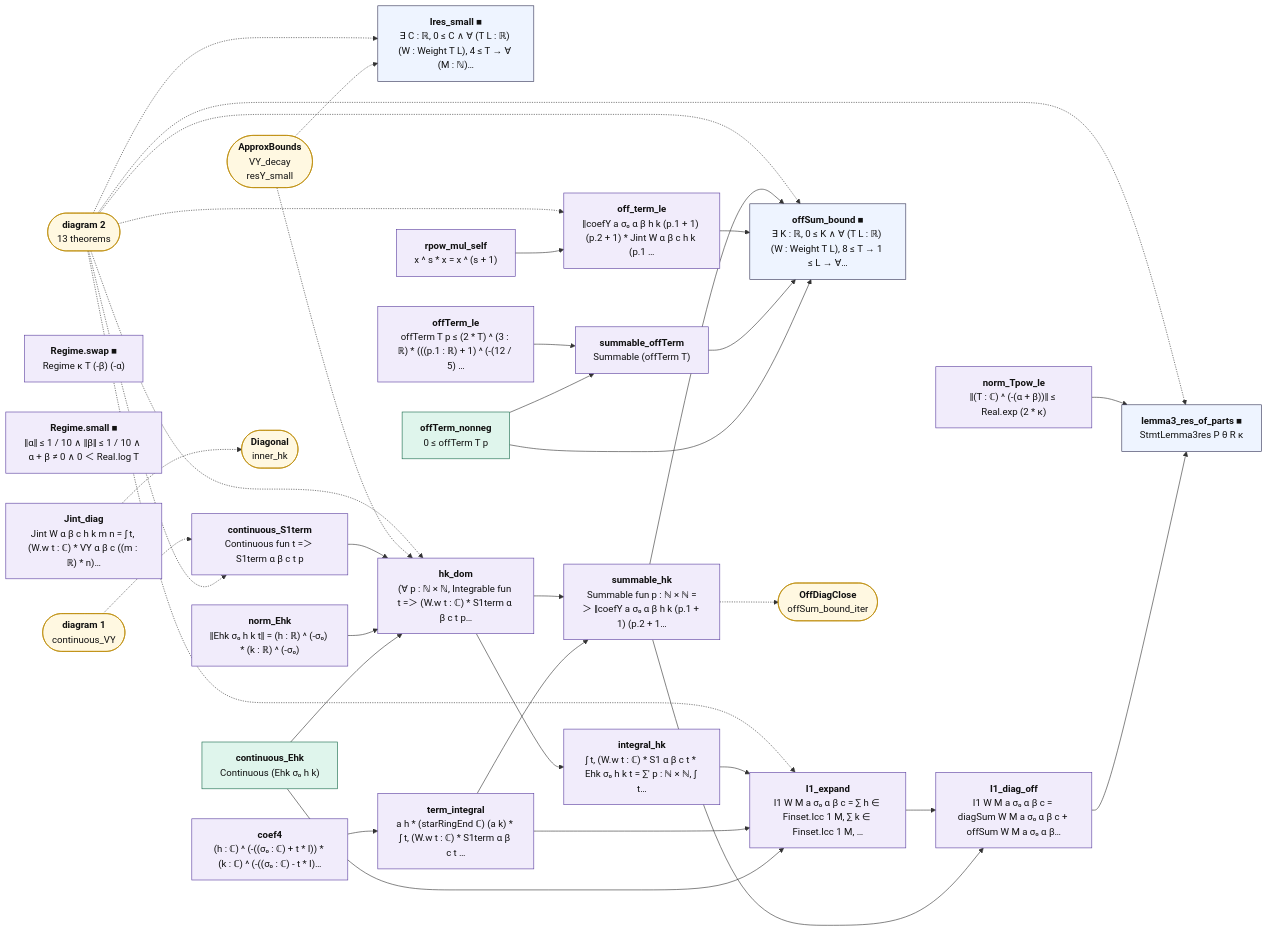
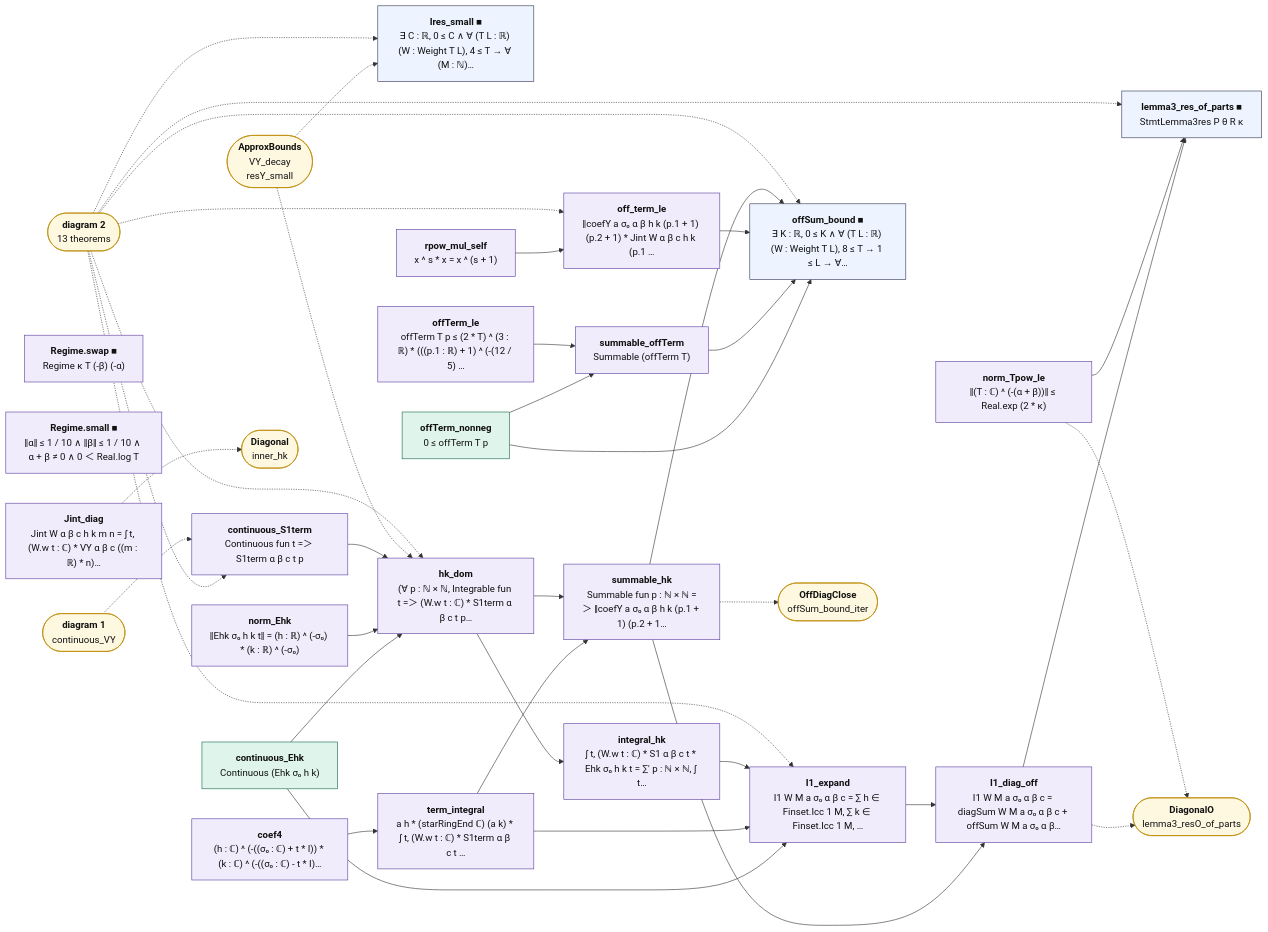
The diagram in map/lean_stage3/TwistedMoment.3.mmd (juliansambranojr/Primebeat_081426), drawn with Mermaid before and after one commit. The commit also changed 21 other files, not shown here.

```diff
--- a/map/lean_stage3/TwistedMoment.3.mmd
+++ b/map/lean_stage3/TwistedMoment.3.mmd
@@ -1,69 +1,72 @@
 flowchart LR
   n0["<b>Ires_small ■</b><br/>∃ C : ℝ, 0 ≤ C ∧ ∀ (T L : ℝ) (W : Weight T L), 4 ≤ T → ∀ (M : ℕ)…"]:::thm
   n1["<b>coef4</b><br/>(h : ℂ) ^ (-((σ₀ : ℂ) + t * I)) * (k : ℂ) ^ (-((σ₀ : ℂ) - t * I)…"]:::shp
   n2["<b>continuous_Ehk</b><br/>Continuous (Ehk σ₀ h k)"]:::cnt
   n3["<b>norm_Ehk</b><br/>‖Ehk σ₀ h k t‖ = (h : ℝ) ^ (-σ₀) * (k : ℝ) ^ (-σ₀)"]:::shp
   n4["<b>term_integral</b><br/>a h * (starRingEnd ℂ) (a k) * ∫ t, (W.w t : ℂ) * S1term α β c t …"]:::shp
   n5["<b>continuous_S1term</b><br/>Continuous fun t =＞ S1term α β c t p"]:::shp
   n6["<b>hk_dom</b><br/>(∀ p : ℕ × ℕ, Integrable fun t =＞ (W.w t : ℂ) * S1term α β c t p…"]:::shp
   n7["<b>integral_hk</b><br/>∫ t, (W.w t : ℂ) * S1 α β c t * Ehk σ₀ h k t = ∑' p : ℕ × ℕ, ∫ t…"]:::shp
   n8["<b>summable_hk</b><br/>Summable fun p : ℕ × ℕ =＞ ‖coefY a σ₀ α β h k (p.1 + 1) (p.2 + 1…"]:::shp
   n9["<b>I1_expand</b><br/>I1 W M a σ₀ α β c = ∑ h ∈ Finset.Icc 1 M, ∑ k ∈ Finset.Icc 1 M, …"]:::shp
   n10["<b>Jint_diag</b><br/>Jint W α β c h k m n = ∫ t, (W.w t : ℂ) * VY α β c ((m : ℝ) * n)…"]:::shp
   n11["<b>I1_diag_off</b><br/>I1 W M a σ₀ α β c = diagSum W M a σ₀ α β c + offSum W M a σ₀ α β…"]:::shp
   n12["<b>offTerm_nonneg</b><br/>0 ≤ offTerm T p"]:::cnt
   n13["<b>offTerm_le</b><br/>offTerm T p ≤ (2 * T) ^ (3 : ℝ) * (((p.1 : ℝ) + 1) ^ (-(12 / 5) …"]:::shp
   n14["<b>summable_offTerm</b><br/>Summable (offTerm T)"]:::shp
   n15["<b>rpow_mul_self</b><br/>x ^ s * x = x ^ (s + 1)"]:::shp
   n16["<b>off_term_le</b><br/>‖coefY a σ₀ α β h k (p.1 + 1) (p.2 + 1) * Jint W α β c h k (p.1 …"]:::shp
   n17["<b>offSum_bound ■</b><br/>∃ K : ℝ, 0 ≤ K ∧ ∀ (T L : ℝ) (W : Weight T L), 8 ≤ T → 1 ≤ L → ∀…"]:::thm
   n18["<b>Regime.swap ■</b><br/>Regime κ T (-β) (-α)"]:::shp
   n19["<b>Regime.small ■</b><br/>‖α‖ ≤ 1 / 10 ∧ ‖β‖ ≤ 1 / 10 ∧ α + β ≠ 0 ∧ 0 ＜ Real.log T"]:::shp
   n20["<b>norm_Tpow_le</b><br/>‖(T : ℂ) ^ (-(α + β))‖ ≤ Real.exp (2 * κ)"]:::shp
   n21["<b>lemma3_res_of_parts ■</b><br/>StmtLemma3res P θ R κ"]:::thm
   x0(["<b>ApproxBounds</b><br/>VY_decay<br/>resY_small"]):::ext
   x1(["<b>diagram 2</b><br/>13 theorems"]):::ext
   x2(["<b>diagram 1</b><br/>continuous_VY"]):::ext
   x3(["<b>OffDiagClose</b><br/>offSum_bound_iter"]):::ext
   x4(["<b>Diagonal</b><br/>inner_hk"]):::ext
+  x5(["<b>DiagonalO</b><br/>lemma3_resO_of_parts"]):::ext
   n1 --> n4
   n11 --> n21
   n12 --> n14
   n12 --> n17
   n13 --> n14
   n14 --> n17
   n15 --> n16
   n16 --> n17
   n2 --> n6
   n2 --> n9
   n20 --> n21
   n3 --> n6
   n4 --> n8
   n4 --> n9
   n5 --> n6
   n6 --> n7
   n6 --> n8
   n7 --> n9
   n8 --> n11
   n8 --> n17
   n9 --> n11
   n10 -.-> x4
+  n11 -.-> x5
+  n20 -.-> x5
   n8 -.-> x3
   x0 -.-> n0
   x0 -.-> n6
   x1 -.-> n0
   x1 -.-> n16
   x1 -.-> n17
   x1 -.-> n21
   x1 -.-> n5
   x1 -.-> n6
   x1 -.-> n9
   x2 -.-> n5
   classDef cnt fill:#dff5ec,stroke:#17694a,color:#111
   classDef shp fill:#f1ecfb,stroke:#5b3fa0,color:#111
   classDef rh fill:#ffe5e5,stroke:#c22,color:#111,stroke-width:2px
   classDef thm fill:#eef4ff,stroke:#335,color:#111
   classDef end_ fill:#e7f7e7,stroke:#2a7,color:#111,stroke-width:2px
   classDef lone fill:#fff,stroke:#999,color:#111,stroke-dasharray:4 3
   classDef bad fill:#ffe5e5,stroke:#c22,color:#111,stroke-width:2px
   classDef ext fill:#fff8e1,stroke:#b80,color:#111
```
